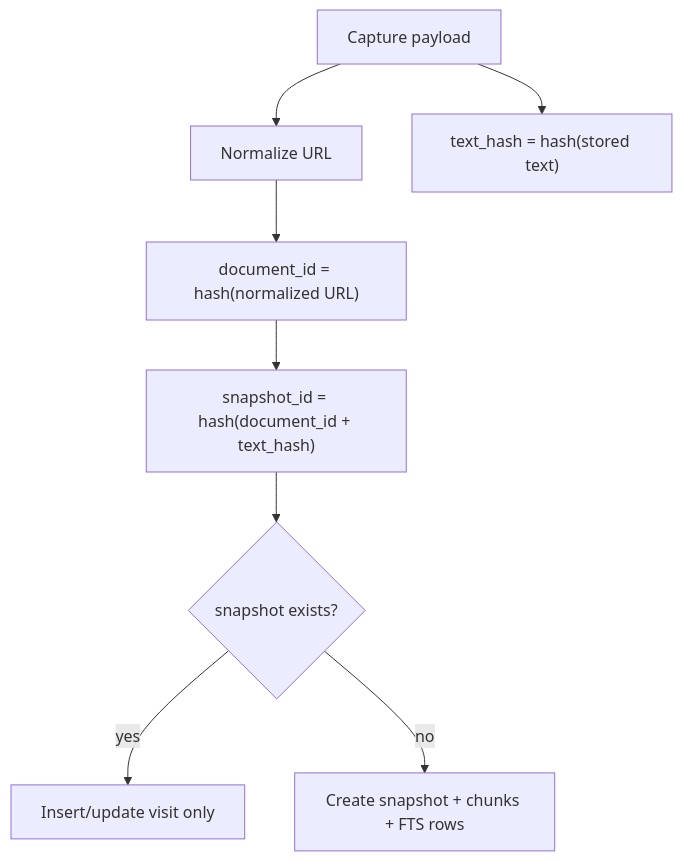
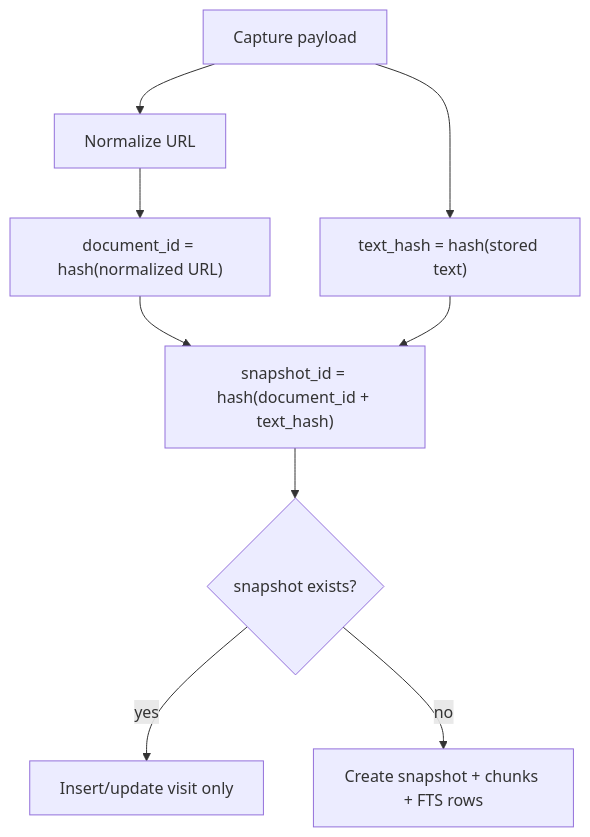
Before and after one commit to michaelnicks0/browser-memory-daemon: the fifth of 8 diagrams in docs/DIAGRAMS.md, drawn with Mermaid. The commit also changed other lines of this file and 105 other files, not shown here.

Commit message:
docs: reconcile C4 and behavioral diagrams

````diff
--- a/docs/DIAGRAMS.md
+++ b/docs/DIAGRAMS.md
@@ -136,10 +120,11 @@
 ```mermaid
 flowchart TD
   Capture["Capture payload"] --> Normalize["Normalize URL"]
   Normalize --> DocID["document_id = hash(normalized URL)"]
   Capture --> TextHash["text_hash = hash(stored text)"]
   DocID --> SnapshotID["snapshot_id = hash(document_id + text_hash)"]
+  TextHash --> SnapshotID
   SnapshotID --> Exists{"snapshot exists?"}
-  Exists -->|yes| VisitOnly["Insert/update visit only"]
-  Exists -->|no| NewSnapshot["Create snapshot + chunks + FTS rows"]
+  Exists -->|"yes"| VisitOnly["Insert/update visit only"]
+  Exists -->|"no"| NewSnapshot["Create snapshot + chunks + FTS rows"]
 ```
````
